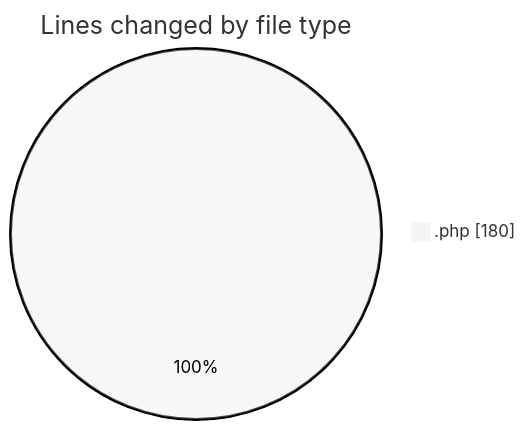
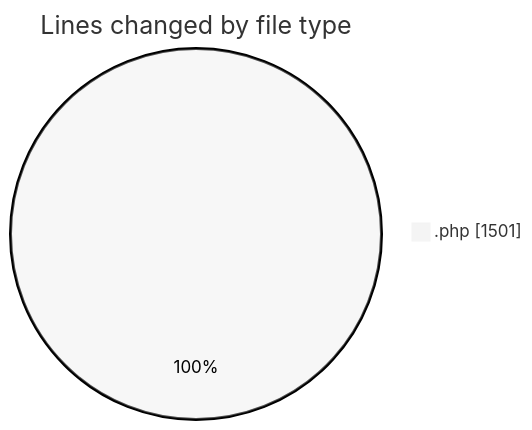
One commit to vahidmafi/code-tracking changed the first of 2 diagrams in 2025-09-06/shop/README.md. Above: the diagram before and after it, drawn with Mermaid (neutral theme). The commit also changed other lines of this file and 1 other file, not shown here.

````diff
--- a/2025-09-06/shop/README.md
+++ b/2025-09-06/shop/README.md
@@ -20,5 +22,5 @@
 ```mermaid
 pie showData
 title Lines changed by file type
-".php" : 180
+".php" : 1501
 ```
````
